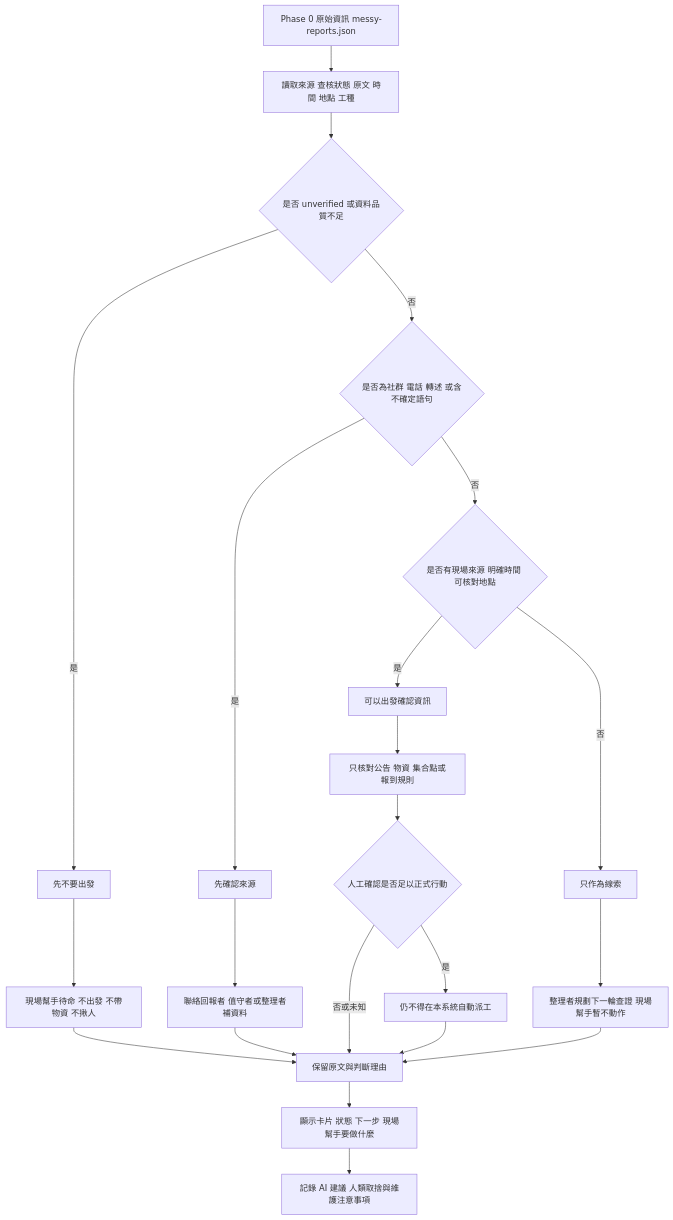
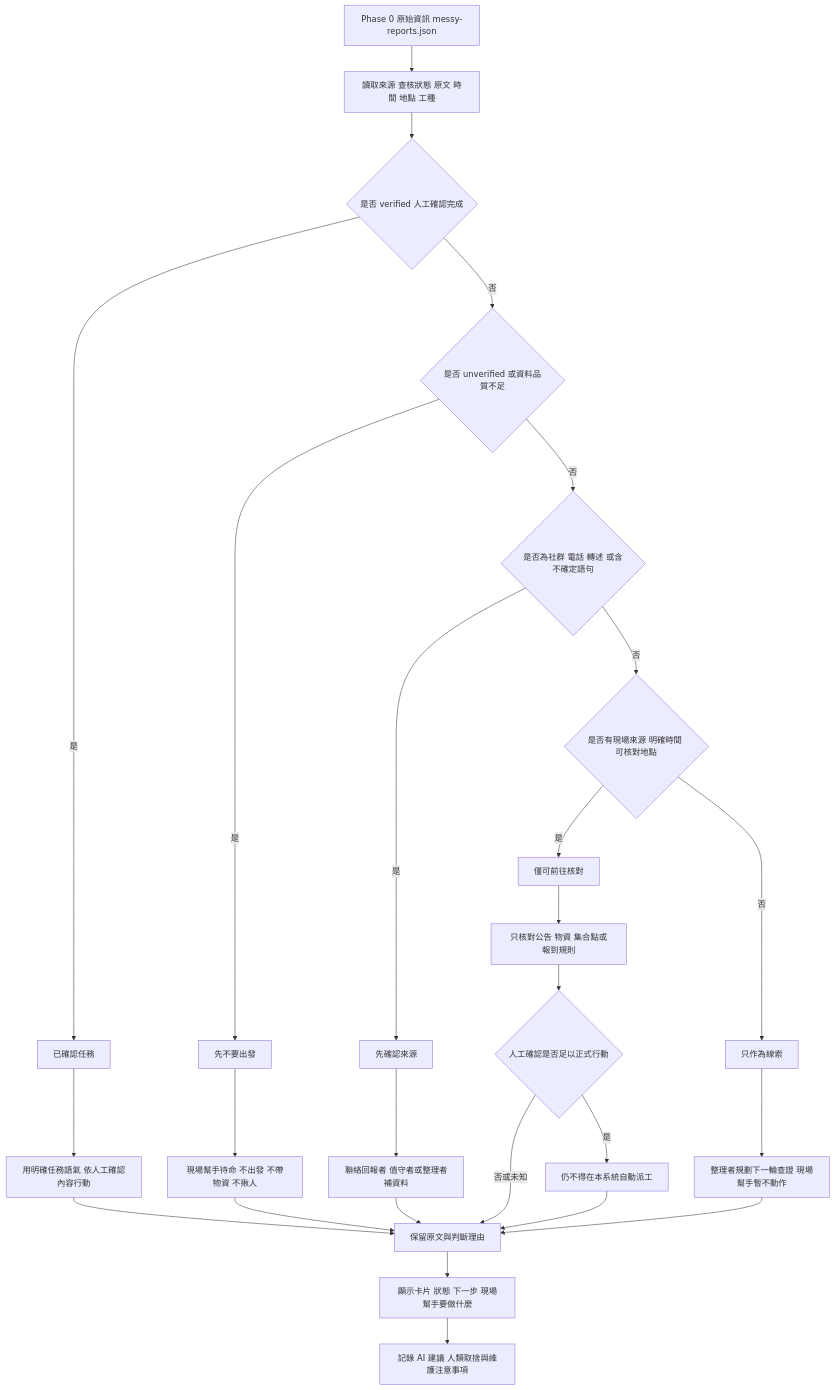
The diagram in docs/flow.md (SITCON-Camp-2026/t1-m5-se-disaster), drawn with Mermaid before and after one commit. The commit also changed other lines of this file and 8 other files, not shown here.

Commit message:
feat: 更新行動者狀態與相關文件，新增「已確認任務」與「僅可前往核對」狀態，調整前端顯示與流程設計

````diff
--- a/docs/flow.md
+++ b/docs/flow.md
@@ -38,28 +41,33 @@
 ```mermaid
 flowchart TD
   A[Phase 0 原始資訊 messy-reports.json] --> B[讀取來源 查核狀態 原文 時間 地點 工種]
-  B --> C{是否 unverified 或資料品質不足}
+  B --> V{是否 verified 人工確認完成}
+  V -->|是| T[已確認任務]
+  T --> T1[用明確任務語氣 依人工確認內容行動]
+  T1 --> L[保留原文與判斷理由]
+
+  V -->|否| C{是否 unverified 或資料品質不足}
   C -->|是| D[先不要出發]
   D --> D1[現場幫手待命 不出發 不帶物資 不揪人]
-  D1 --> L[保留原文與判斷理由]
+  D1 --> L
 
   C -->|否| E{是否為社群 電話 轉述 或含不確定語句}
   E -->|是| F[先確認來源]
   F --> F1[聯絡回報者 值守者或整理者補資料]
   F1 --> L
 
   E -->|否| G{是否有現場來源 明確時間 可核對地點}
-  G -->|是| H[可以出發確認資訊]
+  G -->|是| H[僅可前往核對]
   H --> H1[只核對公告 物資 集合點或報到規則]
   H1 --> H2{人工確認是否足以正式行動}
   H2 -->|否或未知| L
   H2 -->|是| M[仍不得在本系統自動派工]
   M --> L
 
   G -->|否| I[只作為線索]
   I --> I1[整理者規劃下一輪查證 現場幫手暫不動作]
   I1 --> L
 
   L --> N[顯示卡片 狀態 下一步 現場幫手要做什麼]
   N --> O[記錄 AI 建議 人類取捨與維護注意事項]
 ```
````
